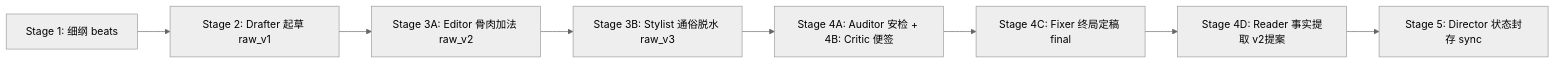
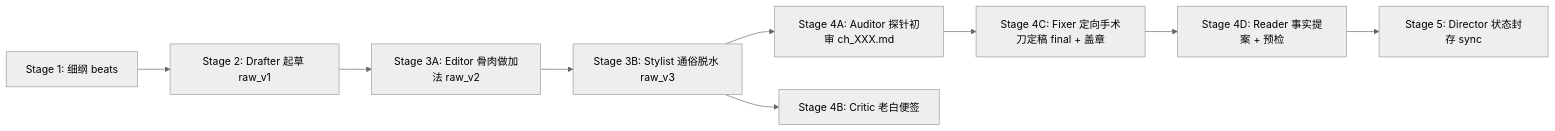
The second of 2 diagrams in .agents/skills/director/SKILL.md (cg110902/NOVEL), drawn with Mermaid (neutral theme) before and after one commit. The commit also changed other lines of this file and 42 other files, not shown here.

````diff
--- a/.agents/skills/director/SKILL.md
+++ b/.agents/skills/director/SKILL.md
@@ -199,10 +170,11 @@
 ```mermaid
 graph LR
     S1[Stage 1: 细纲 beats] --> S2[Stage 2: Drafter 起草 raw_v1]
-    S2 --> S3A[Stage 3A: Editor 骨肉加法 raw_v2]
+    S2 --> S3A[Stage 3A: Editor 骨肉做加法 raw_v2]
     S3A --> S3B[Stage 3B: Stylist 通俗脱水 raw_v3]
-    S3B --> S4AB[Stage 4A: Auditor 安检 + 4B: Critic 便签]
-    S4AB --> S4C[Stage 4C: Fixer 终局定稿 final]
-    S4C --> S4D[Stage 4D: Reader 事实提取 v2提案]
+    S3B --> S4A[Stage 4A: Auditor 探针初审 ch_XXX.md]
+    S3B --> S4B[Stage 4B: Critic 老白便签]
+    S4A --> S4C[Stage 4C: Fixer 定向手术刀定稿 final + 盖章]
+    S4C --> S4D[Stage 4D: Reader 事实提案 + 预检]
     S4D --> S5[Stage 5: Director 状态封存 sync]
 ```
````
